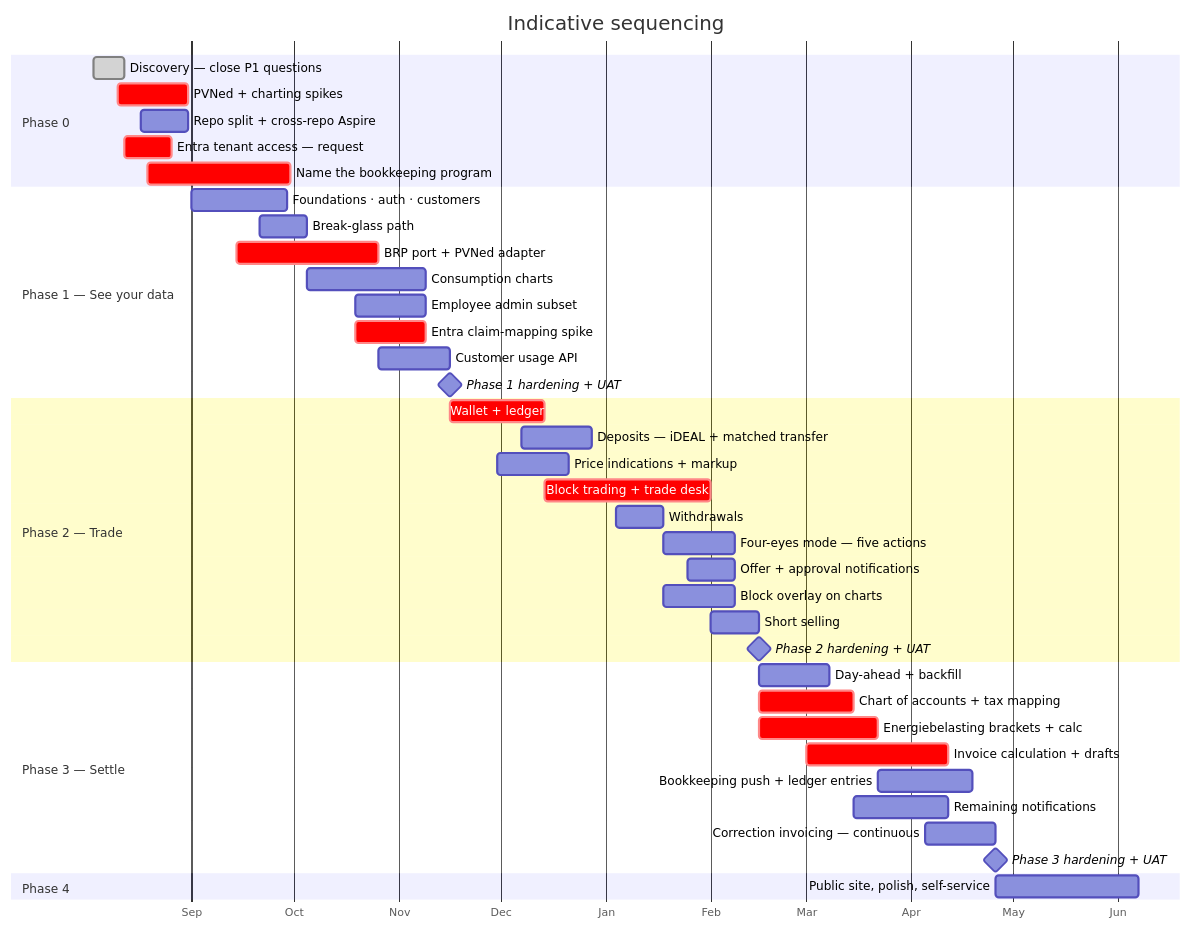
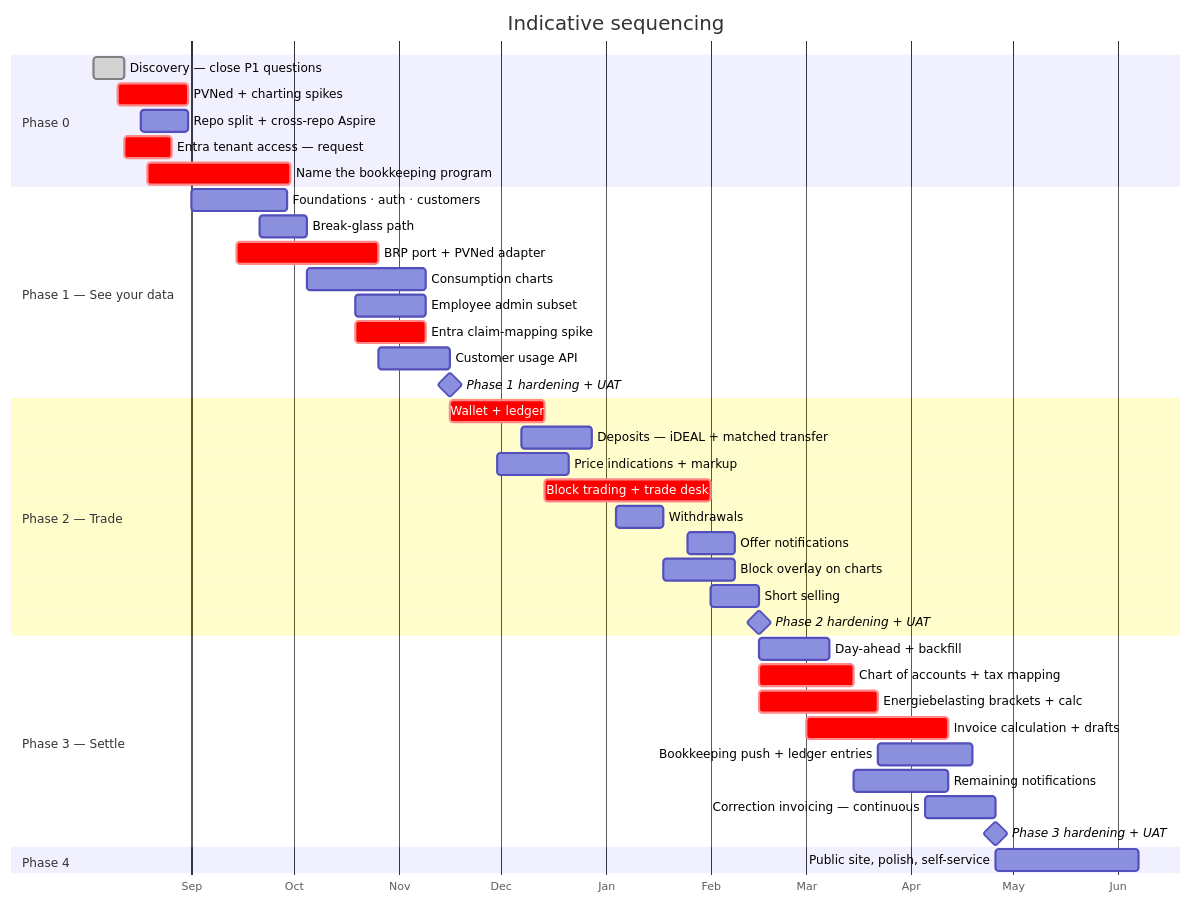
Before and after one commit to lukastosic-ifd/peakpowerspecs: the first of 2 diagrams in specs/70-delivery/01-roadmap-and-phasing.md, drawn with Mermaid. The commit also changed other lines of this file and 40 other files, not shown here.

First line of the commit message:
DEC-179: the four-eyes rule is removed (#21)

````diff
--- a/specs/70-delivery/01-roadmap-and-phasing.md
+++ b/specs/70-delivery/01-roadmap-and-phasing.md
@@ -78,48 +78,48 @@
 ```mermaid
 gantt
     title Indicative sequencing
     dateFormat YYYY-MM-DD
     axisFormat %b
 
     section Phase 0
     Discovery — close P1 questions      :done, p0, 2026-08-03, 9d
     PVNed + charting spikes             :crit, p0b, 2026-08-10, 21d
     Repo split + cross-repo Aspire      :p0c, 2026-08-17, 14d
     Entra tenant access — request       :crit, p0d, 2026-08-12, 14d
     Name the bookkeeping program        :crit, p0e, 2026-08-19, 42d
 
     section Phase 1 — See your data
     Foundations · auth · customers      :p1a, 2026-09-01, 28d
     Break-glass path                    :p1e, 2026-09-21, 14d
     BRP port + PVNed adapter            :crit, p1b, 2026-09-14, 42d
     Consumption charts                  :p1c, 2026-10-05, 35d
     Employee admin subset               :p1d, 2026-10-19, 21d
     Entra claim-mapping spike           :crit, p1f, 2026-10-19, 21d
     Customer usage API                  :p1g, 2026-10-26, 21d
     Phase 1 hardening + UAT             :milestone, m1, 2026-11-16, 0d
 
     section Phase 2 — Trade
     Wallet + ledger                     :crit, p2a, 2026-11-16, 28d
     Deposits — iDEAL + matched transfer :p2b, 2026-12-07, 21d
     Price indications + markup          :p2c, 2026-11-30, 21d
     Block trading + trade desk          :crit, p2d, 2026-12-14, 49d
     Withdrawals                         :p2i, 2027-01-04, 14d
-    Four-eyes mode — five actions       :p2f, 2027-01-18, 21d
-    Offer + approval notifications      :p2g, 2027-01-25, 14d
+    %% Four-eyes mode — five actions       :p2f, 2027-01-18, 21d    (removed 2026-10-12, DEC-179)
+    Offer notifications                 :p2g, 2027-01-25, 14d
     Block overlay on charts             :p2e, 2027-01-18, 21d
     Short selling                       :p2h, 2027-02-01, 14d
     Phase 2 hardening + UAT             :milestone, m2, 2027-02-15, 0d
 
     section Phase 3 — Settle
     Day-ahead + backfill                :p3a, 2027-02-15, 21d
     Chart of accounts + tax mapping     :crit, p3e, 2027-02-15, 28d
     Energiebelasting brackets + calc    :crit, p3f, 2027-02-15, 35d
     Invoice calculation + drafts        :crit, p3b, 2027-03-01, 42d
     Bookkeeping push + ledger entries   :p3c, 2027-03-22, 28d
     Remaining notifications             :p3d, 2027-03-15, 28d
     Correction invoicing — continuous   :p3g, 2027-04-05, 21d
     Phase 3 hardening + UAT             :milestone, m3, 2027-04-26, 0d
 
     section Phase 4
     Public site, polish, self-service   :p4, 2027-04-26, 42d
 ```
````
